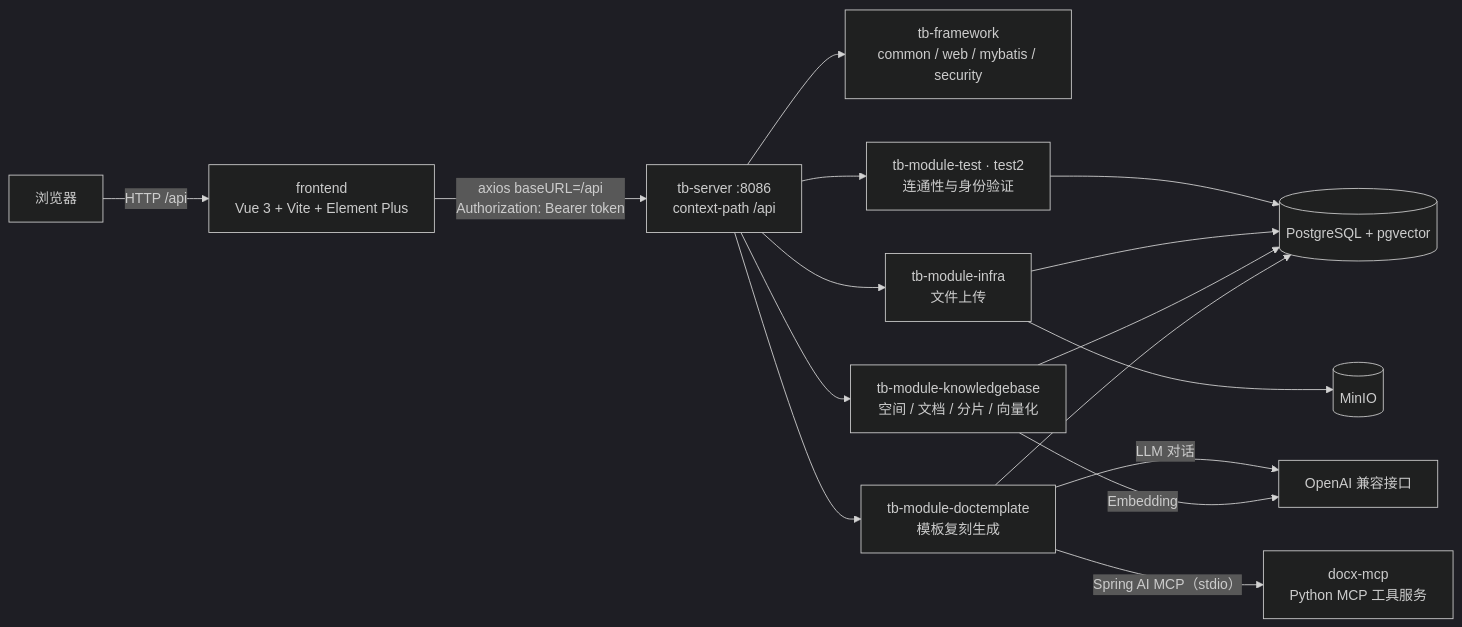
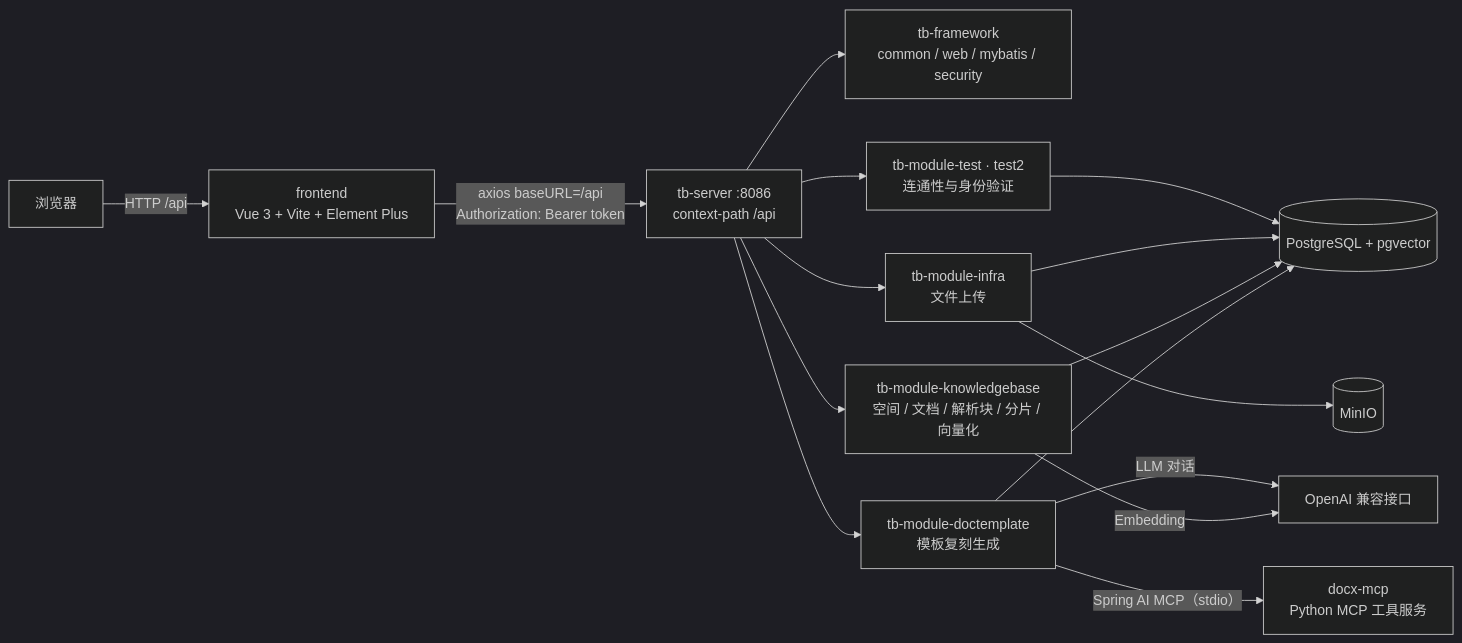
The diagram in docs/01-项目概述.md (xu-1230/TrueBuddy), drawn with Mermaid (dark theme) before and after one commit. The commit also changed other lines of this file and 5 other files, not shown here.

````diff
--- a/docs/01-项目概述.md
+++ b/docs/01-项目概述.md
@@ -103,18 +103,18 @@
 ```mermaid
 graph LR
   U[浏览器] -->|HTTP /api| F["frontend<br/>Vue 3 + Vite + Element Plus"]
   F -->|"axios baseURL=/api<br/>Authorization: Bearer token"| B["tb-server :8086<br/>context-path /api"]
   B --> FW["tb-framework<br/>common / web / mybatis / security"]
   B --> MT["tb-module-test · test2<br/>连通性与身份验证"]
   B --> MI["tb-module-infra<br/>文件上传"]
-  B --> MK["tb-module-knowledgebase<br/>空间 / 文档 / 分片 / 向量化"]
+  B --> MK["tb-module-knowledgebase<br/>空间 / 文档 / 解析块 / 分片 / 向量化"]
   B --> MD["tb-module-doctemplate<br/>模板复刻生成"]
   MD -->|"Spring AI MCP（stdio）"| D["docx-mcp<br/>Python MCP 工具服务"]
   MD -->|"LLM 对话"| AI["OpenAI 兼容接口"]
   MK -->|"Embedding"| AI
   MI --> MO[("MinIO")]
   MT --> PG[("PostgreSQL + pgvector")]
   MI --> PG
   MK --> PG
   MD --> PG
 ```
````
